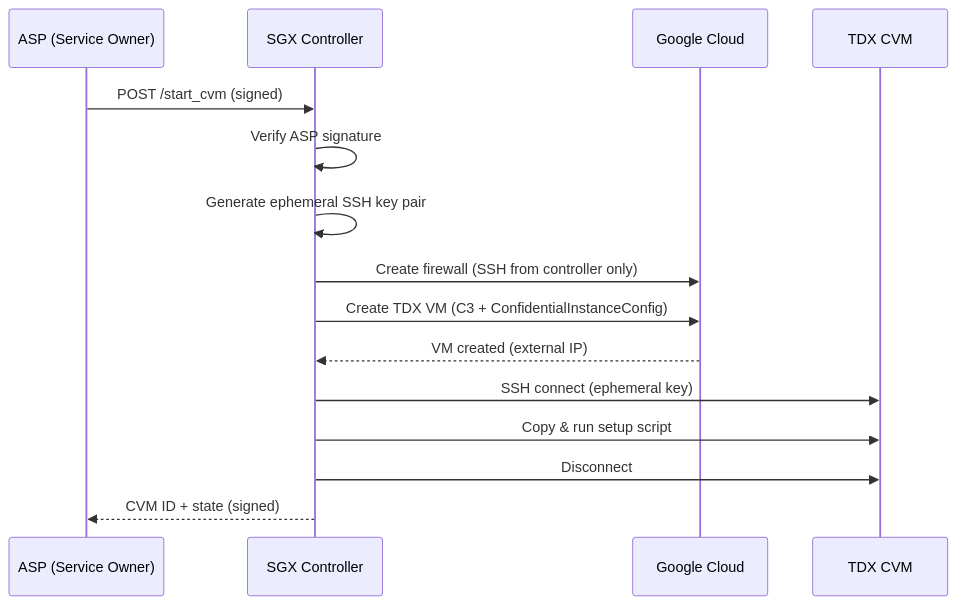
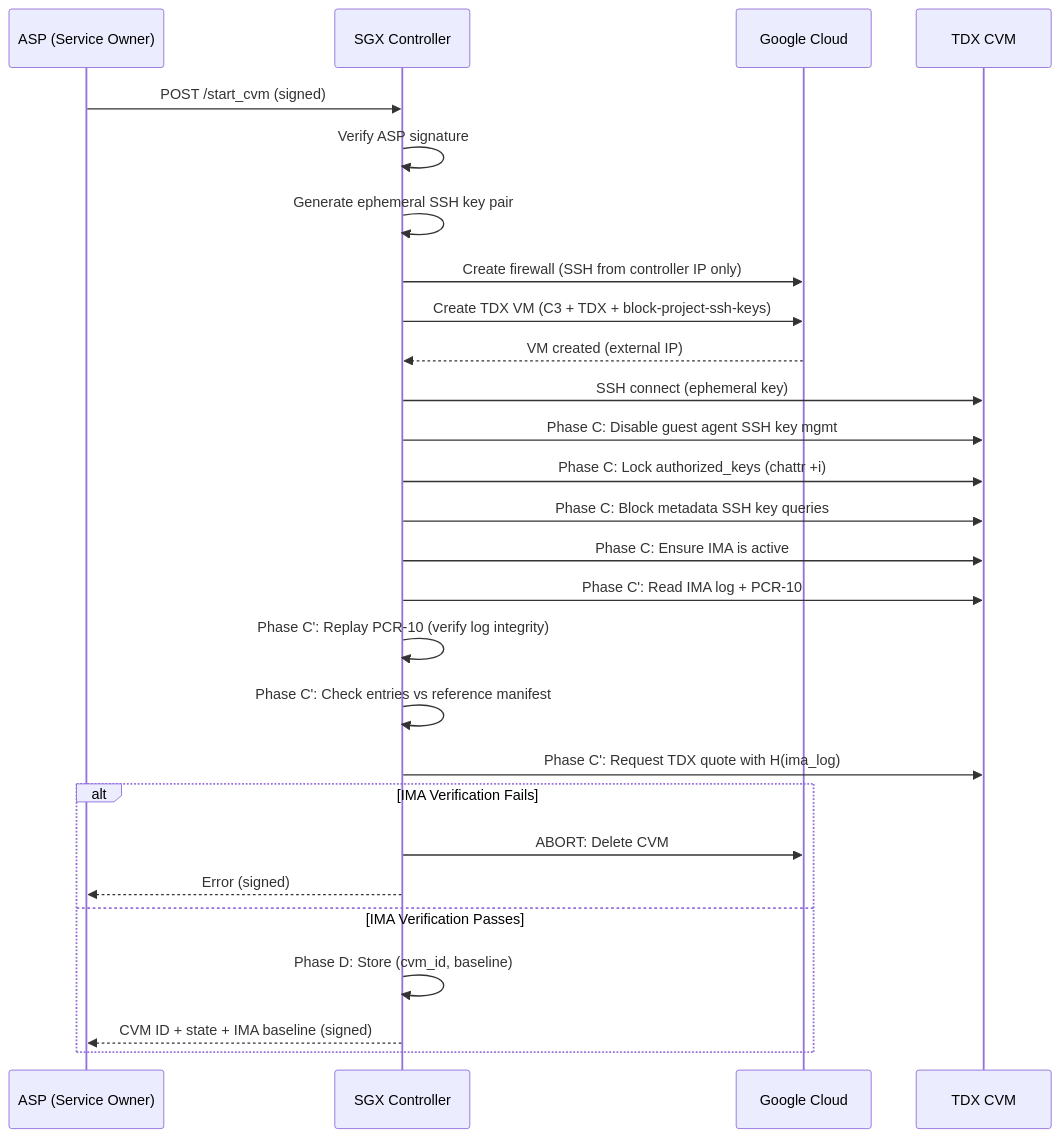
The diagram in commissioning_phase/README.md (n7koirala/sgx-tdx-composition-protocol), drawn with Mermaid before and after one commit. The commit also changed other lines of this file and 11 other files, not shown here.

Commit message:
Added IMA login in the commission phase

````diff
--- a/commissioning_phase/README.md
+++ b/commissioning_phase/README.md
@@ -127,18 +148,30 @@
 ```mermaid
 sequenceDiagram
     participant ASP as ASP (Service Owner)
     participant SGX as SGX Controller
     participant GCP as Google Cloud
     participant CVM as TDX CVM
 
     ASP->>SGX: POST /start_cvm (signed)
     SGX->>SGX: Verify ASP signature
     SGX->>SGX: Generate ephemeral SSH key pair
-    SGX->>GCP: Create firewall (SSH from controller only)
-    SGX->>GCP: Create TDX VM (C3 + ConfidentialInstanceConfig)
+    SGX->>GCP: Create firewall (SSH from controller IP only)
+    SGX->>GCP: Create TDX VM (C3 + TDX + block-project-ssh-keys)
     GCP-->>SGX: VM created (external IP)
     SGX->>CVM: SSH connect (ephemeral key)
-    SGX->>CVM: Copy & run setup script
-    SGX->>CVM: Disconnect
-    SGX-->>ASP: CVM ID + state (signed)
+    SGX->>CVM: Phase C: Disable guest agent SSH key mgmt
+    SGX->>CVM: Phase C: Lock authorized_keys (chattr +i)
+    SGX->>CVM: Phase C: Block metadata SSH key queries
+    SGX->>CVM: Phase C: Ensure IMA is active
+    SGX->>CVM: Phase C': Read IMA log + PCR-10
+    SGX->>SGX: Phase C': Replay PCR-10 (verify log integrity)
+    SGX->>SGX: Phase C': Check entries vs reference manifest
+    SGX->>CVM: Phase C': Request TDX quote with H(ima_log)
+    alt IMA Verification Fails
+        SGX->>GCP: ABORT: Delete CVM
+        SGX-->>ASP: Error (signed)
+    else IMA Verification Passes
+        SGX->>SGX: Phase D: Store (cvm_id, baseline)
+        SGX-->>ASP: CVM ID + state + IMA baseline (signed)
+    end
 ```
````
